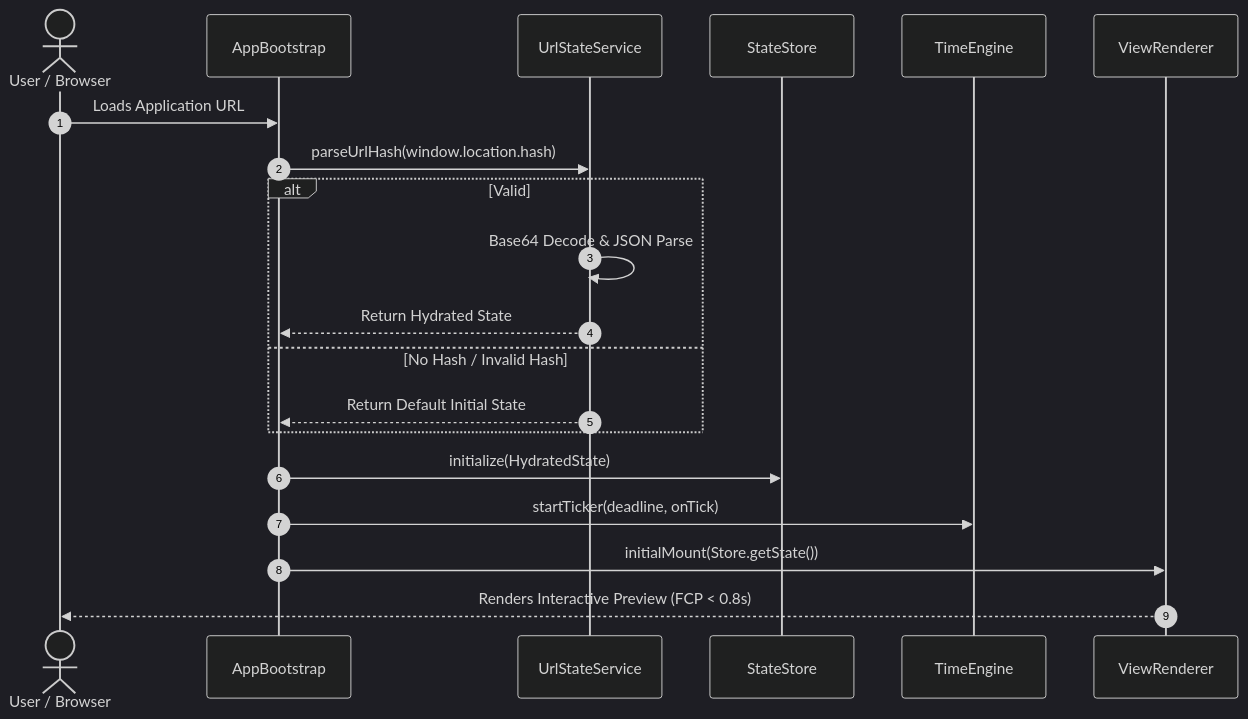
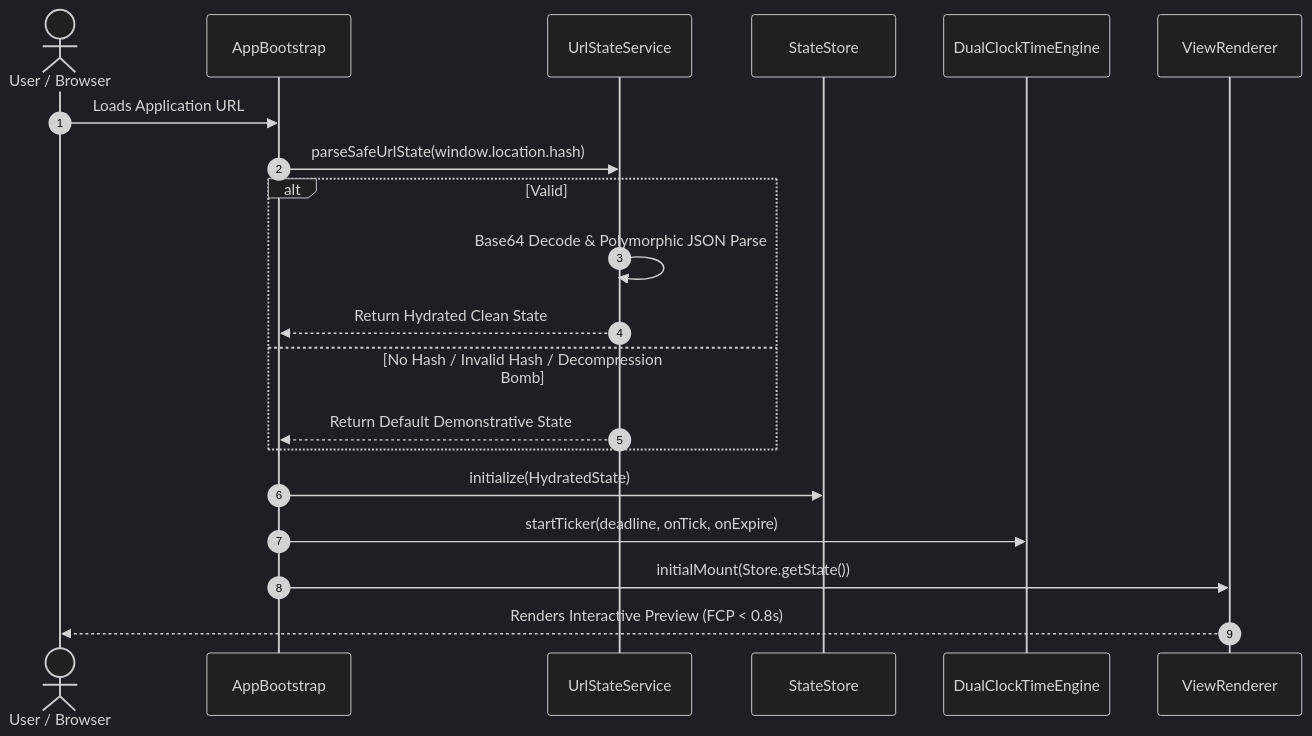
One commit to piyushmakhija28/countdown-lockscreen-challenge changed the first of 10 diagrams in docs/lld/02-dynamic-interaction-sequences.md. Above: the diagram before and after it, drawn with Mermaid (dark theme). The commit also changed other lines of this file and 33 other files, not shown here.

Commit message:
docs(audit): remediate all forensic architectural, mathematical, and code blueprint defects to Level 2.2 standard

````diff
--- a/docs/lld/02-dynamic-interaction-sequences.md
+++ b/docs/lld/02-dynamic-interaction-sequences.md
@@ -15,23 +15,23 @@
 ```mermaid
 sequenceDiagram
     autonumber
     actor User as User / Browser
     participant App as AppBootstrap
     participant Router as UrlStateService
     participant Store as StateStore
-    participant Ticker as TimeEngine
+    participant Ticker as DualClockTimeEngine
     participant View as ViewRenderer
 
     User->>App: Loads Application URL
-    App->>Router: parseUrlHash(window.location.hash)
+    App->>Router: parseSafeUrlState(window.location.hash)
     alt Valid #v1= Hash Present
-        Router->>Router: Base64 Decode & JSON Parse
-        Router-->>App: Return Hydrated State
-    else No Hash / Invalid Hash
-        Router-->>App: Return Default Initial State
+        Router->>Router: Base64 Decode & Polymorphic JSON Parse
+        Router-->>App: Return Hydrated Clean State
+    else No Hash / Invalid Hash / Decompression Bomb
+        Router-->>App: Return Default Demonstrative State
     end
     App->>Store: initialize(HydratedState)
-    App->>Ticker: startTicker(deadline, onTick)
+    App->>Ticker: startTicker(deadline, onTick, onExpire)
     App->>View: initialMount(Store.getState())
     View-->>User: Renders Interactive Preview (FCP < 0.8s)
 ```
````
